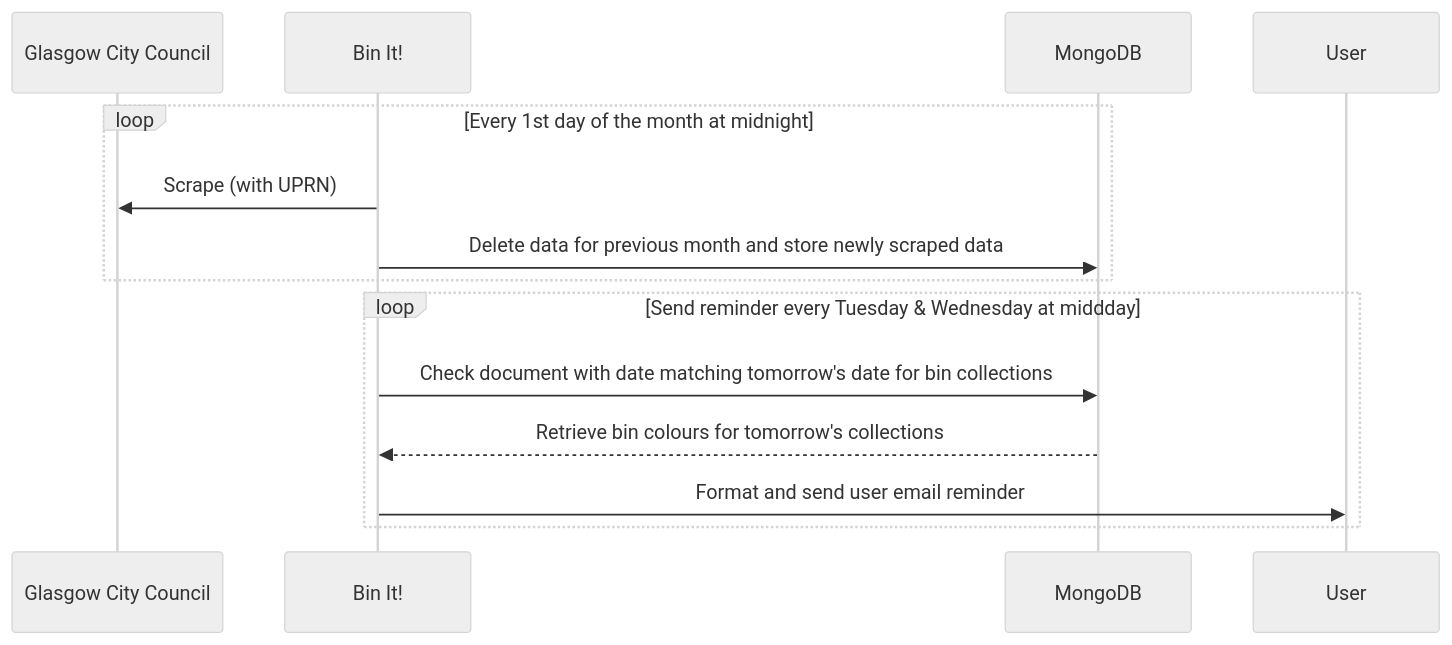
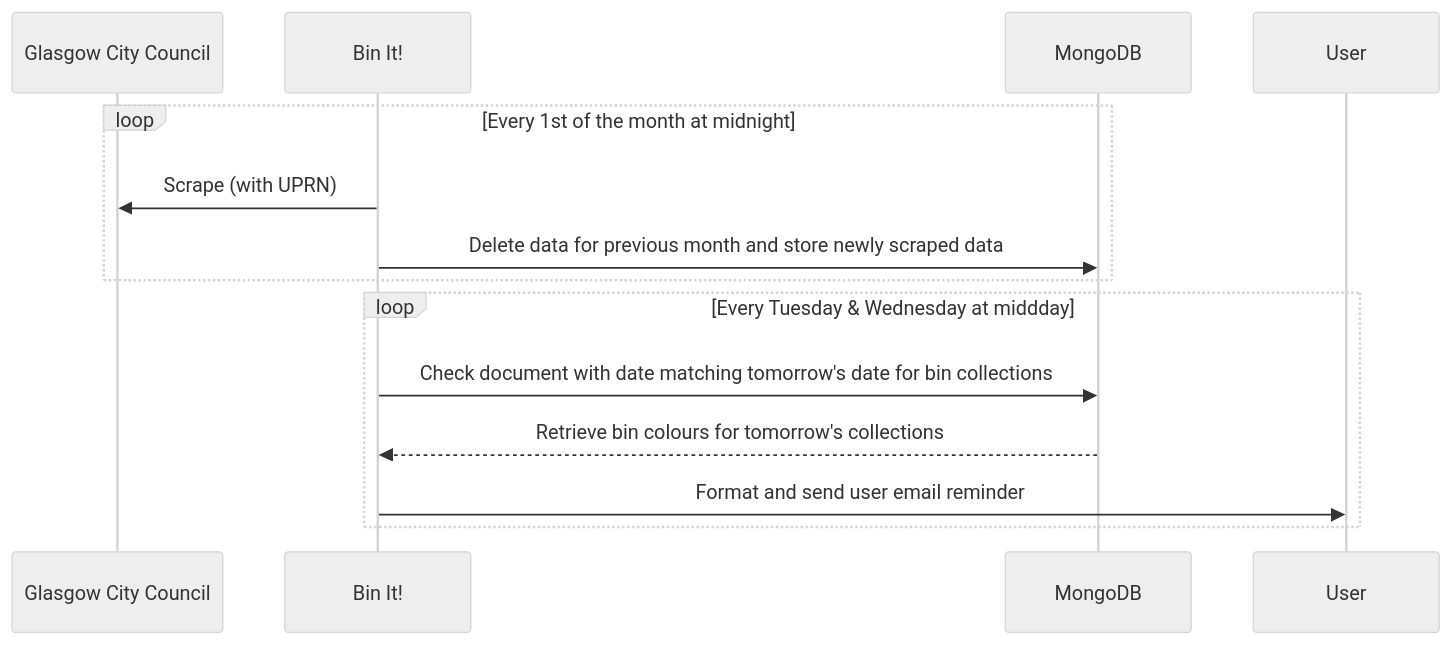
Before and after one commit to rtasalem/bin-it: the diagram in README.md, drawn with Mermaid (neutral theme).

Commit message:
update mermaid diagram

````diff
--- a/README.md
+++ b/README.md
@@ -41,18 +41,18 @@
 ```mermaid
 sequenceDiagram
   participant GCC as Glasgow City Council
   participant APP as Bin It!
   participant MONGODB as MongoDB
   participant USER as User
 
-  loop Every 1st day of the month at midnight
+  loop Every 1st of the month at midnight
     APP->>GCC: Scrape (with UPRN)
     APP->>MONGODB: Delete data for previous month and store newly scraped data
   end
 
-  loop Send reminder every Tuesday & Wednesday at middday
+  loop Every Tuesday & Wednesday at middday
     APP->>MONGODB: Check document with date matching tomorrow's date for bin collections
     MONGODB-->>APP: Retrieve bin colours for tomorrow's collections
     APP->>USER: Format and send user email reminder
   end
 ```
````
